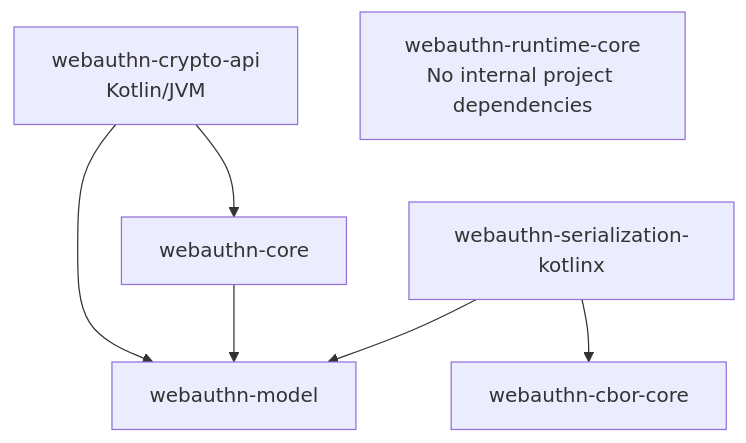
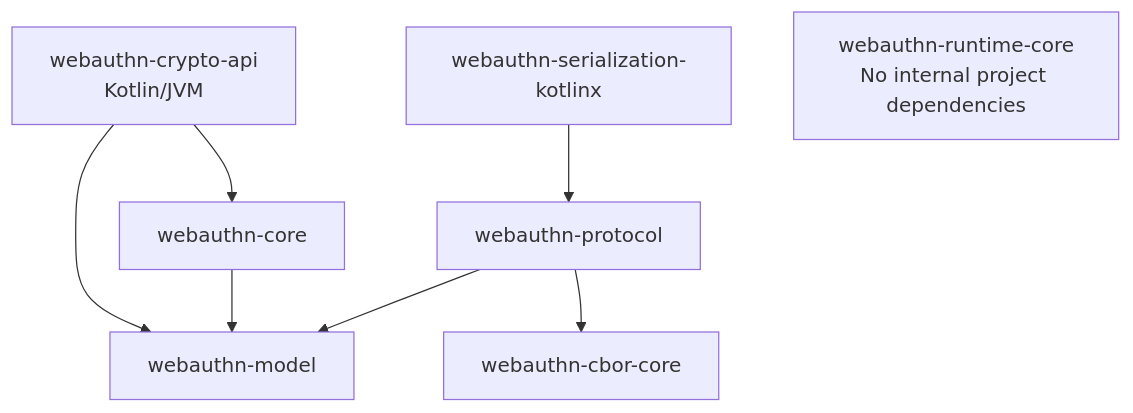
Before and after one commit to szijpeter/webauthn-kotlin-multiplatform: the second of 4 diagrams in docs/architecture.md, drawn with Mermaid. The commit also changed other lines of this file and 19 other files, not shown here.

````diff
--- a/docs/architecture.md
+++ b/docs/architecture.md
@@ -58,15 +58,17 @@
 ```mermaid
 flowchart TB
     CRYPTO_API["webauthn-crypto-api<br/>Kotlin/JVM"]
     CORE["webauthn-core"]
     SERIALIZATION["webauthn-serialization-kotlinx"]
+    PROTOCOL["webauthn-protocol"]
     CBOR["webauthn-cbor-core"]
     MODEL["webauthn-model"]
     RUNTIME["webauthn-runtime-core<br/>No internal project dependencies"]
 
     CRYPTO_API --> CORE
     CRYPTO_API --> MODEL
     CORE --> MODEL
-    SERIALIZATION --> MODEL
-    SERIALIZATION --> CBOR
+    SERIALIZATION --> PROTOCOL
+    PROTOCOL --> MODEL
+    PROTOCOL --> CBOR
 ```
````
